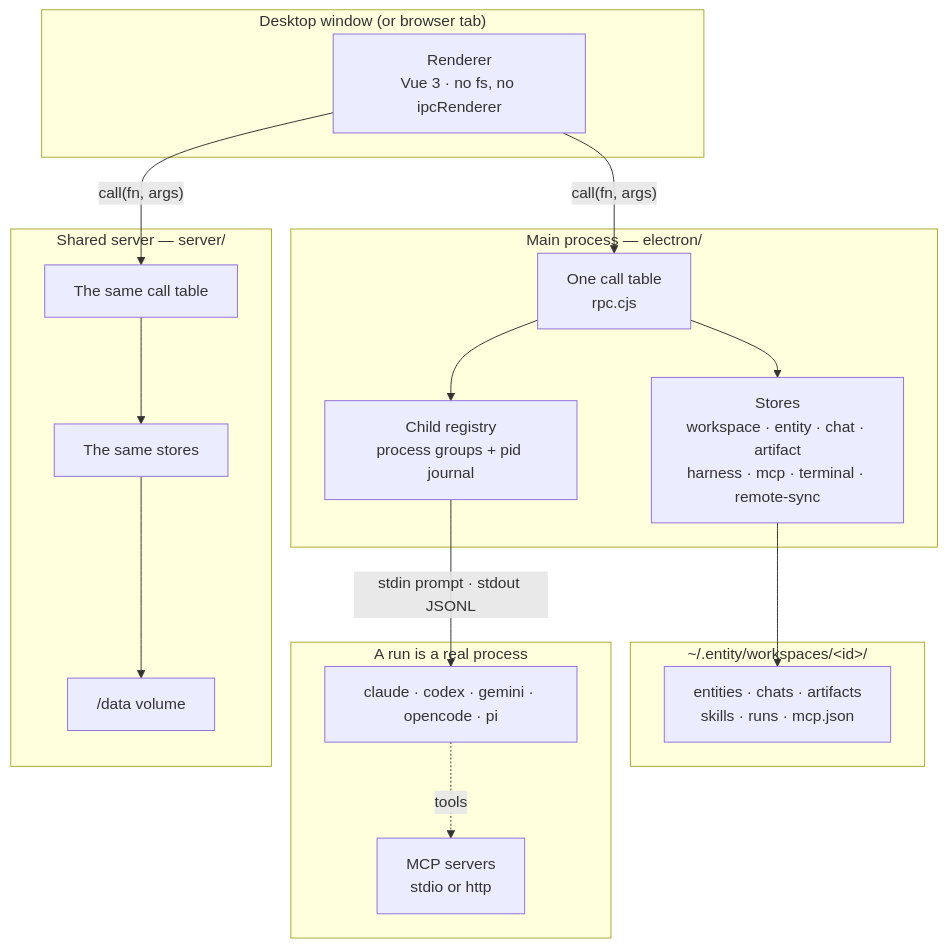
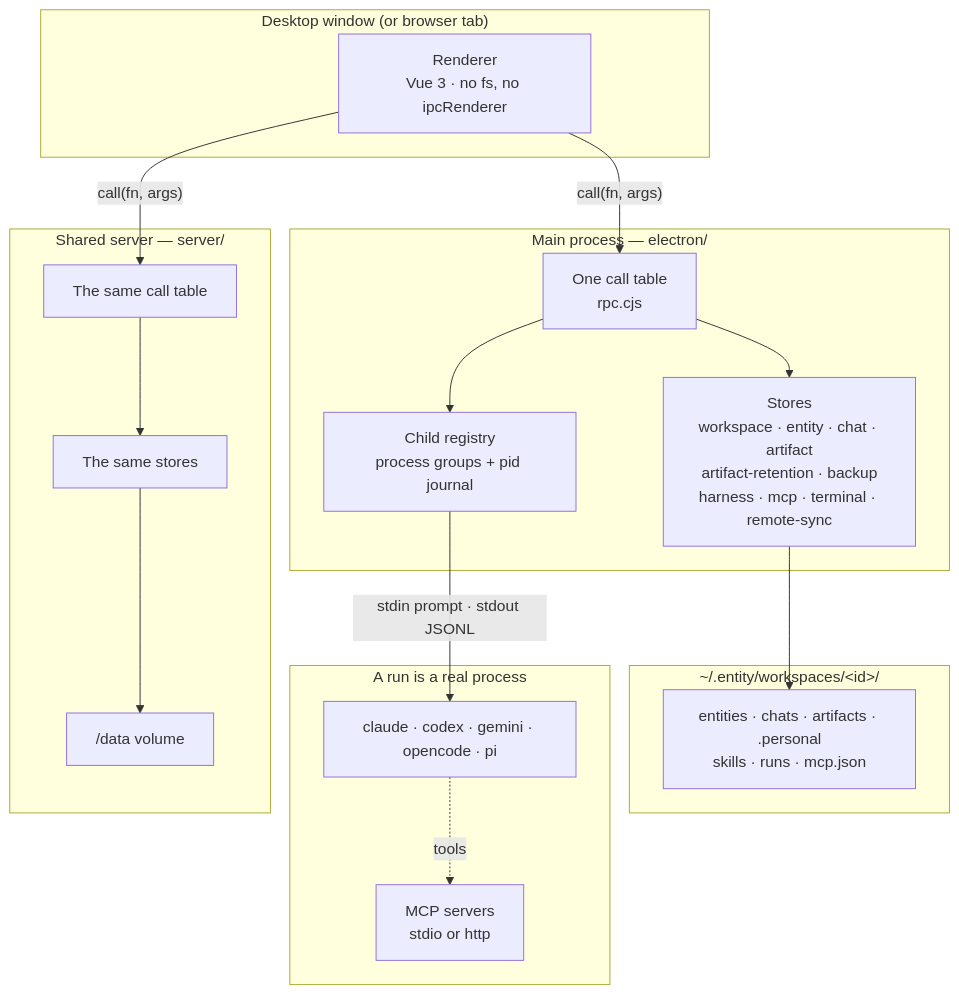
One commit to agung2001/entity changed the diagram in docs/architecture.md. Above: the diagram before and after it, drawn with Mermaid. The commit also changed 45 other files, not shown here.

````diff
--- a/docs/architecture.md
+++ b/docs/architecture.md
@@ -9,37 +9,37 @@
 ```mermaid
 flowchart TB
   subgraph window["Desktop window (or browser tab)"]
     R["Renderer<br/>Vue 3 · no fs, no ipcRenderer"]
   end
 
   subgraph main["Main process — electron/"]
     T["One call table<br/>rpc.cjs"]
-    ST["Stores<br/>workspace · entity · chat · artifact<br/>harness · mcp · terminal · remote-sync"]
+    ST["Stores<br/>workspace · entity · chat · artifact<br/>artifact-retention · backup<br/>harness · mcp · terminal · remote-sync"]
     CH["Child registry<br/>process groups + pid journal"]
   end
 
   subgraph disk["~/.entity/workspaces/&lt;id&gt;/"]
-    F["entities · chats · artifacts<br/>skills · runs · mcp.json"]
+    F["entities · chats · artifacts · .personal<br/>skills · runs · mcp.json"]
   end
 
   subgraph harness["A run is a real process"]
     H["claude · codex · gemini · opencode · pi"]
     M["MCP servers<br/>stdio or http"]
   end
 
   subgraph server["Shared server — server/"]
     T2["The same call table"]
     ST2["The same stores"]
     V["/data volume"]
   end
 
   R -->|"call(fn, args)"| T
   T --> ST
   ST --> F
   T --> CH
   CH -->|"stdin prompt · stdout JSONL"| H
   H -.->|"tools"| M
   R -->|"call(fn, args)"| T2
   T2 --> ST2
   ST2 --> V
 ```
````
